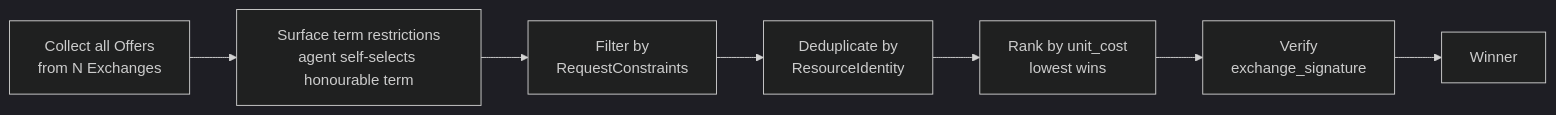
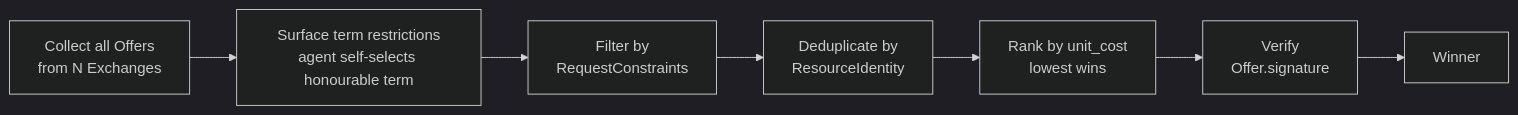
One commit to RAMP-Protocol/protocol changed the second of 4 diagrams in website/src/content/docs/components/broker/selection-engine.mdx. Above: the diagram before and after it, drawn with Mermaid (dark theme). The commit also changed other lines of this file and 40 other files, not shown here.

````diff
--- a/website/src/content/docs/components/broker/selection-engine.mdx
+++ b/website/src/content/docs/components/broker/selection-engine.mdx
@@ -152,9 +152,9 @@
 ```mermaid
 graph LR
     A[Collect all Offers<br/>from N Exchanges] --> B[Surface term restrictions<br/>agent self-selects honourable term]
     B --> C[Filter by<br/>RequestConstraints]
     C --> D[Deduplicate by<br/>ResourceIdentity]
     D --> E[Rank by unit_cost<br/>lowest wins]
-    E --> F[Verify<br/>exchange_signature]
+    E --> F[Verify<br/>Offer.signature]
     F --> G[Winner]
 ```
````
